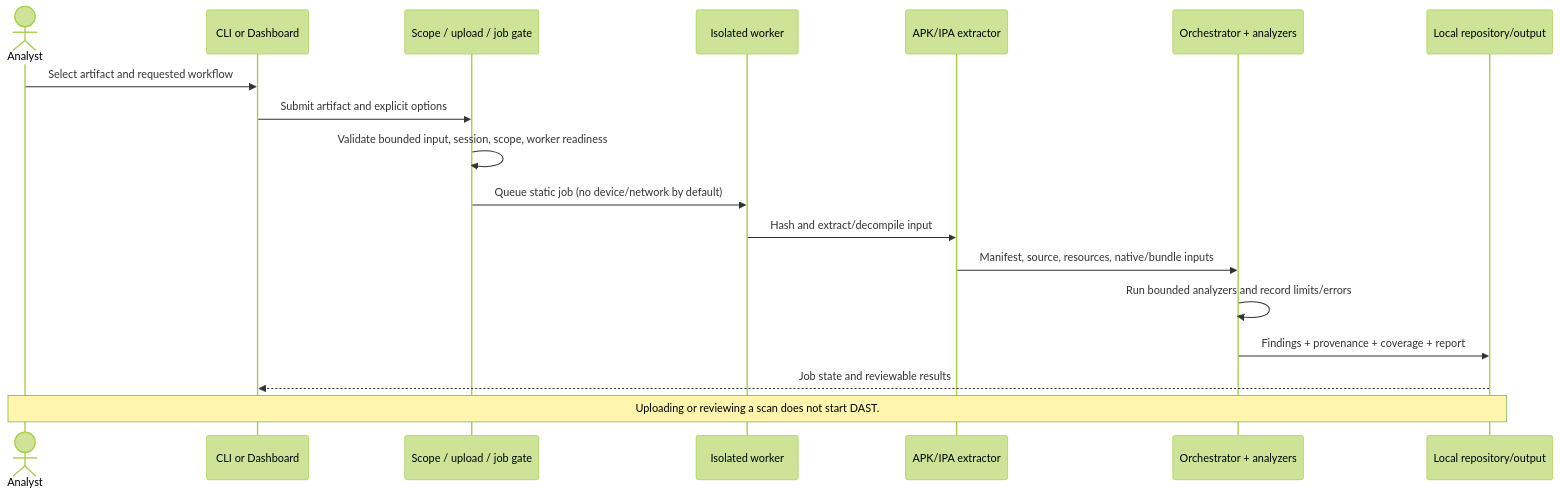
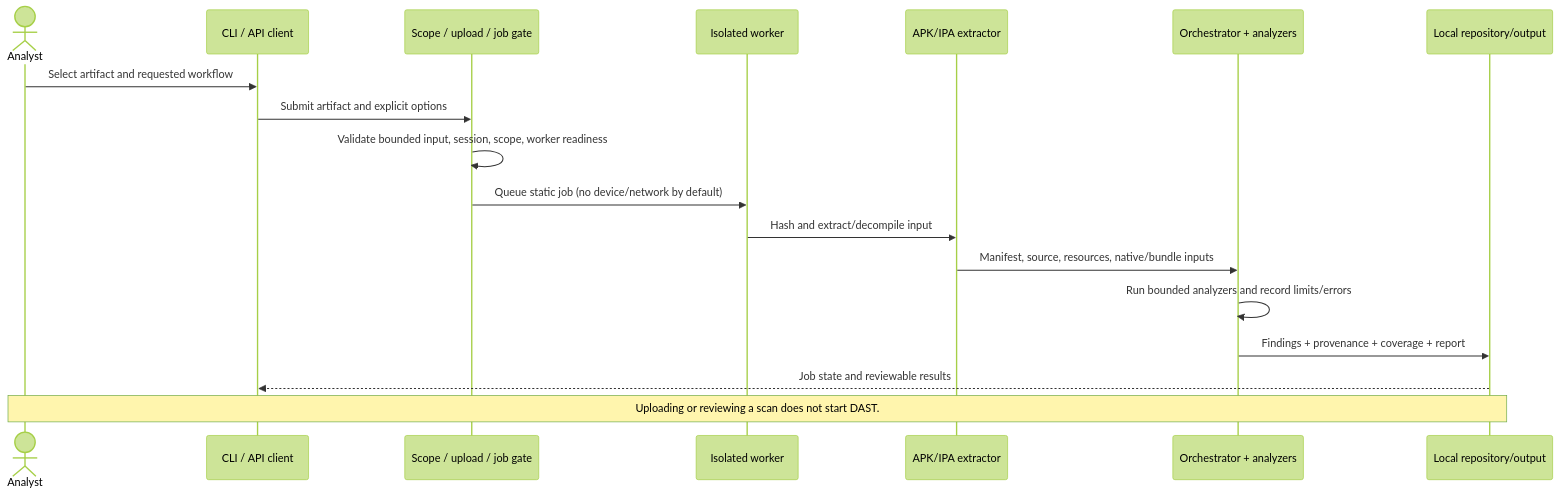
The second of 2 diagrams in README.md (shambhu332/Mobile_Ag), drawn with Mermaid (forest theme) before and after one commit. The commit also changed other lines of this file and 159 other files, not shown here.

````diff
--- a/README.md
+++ b/README.md
@@ -103,20 +103,20 @@
 ```mermaid
 sequenceDiagram
   actor Analyst
-  participant CLI as CLI or Dashboard
+  participant CLI as CLI / API client
   participant Gate as Scope / upload / job gate
   participant Worker as Isolated worker
   participant Extract as APK/IPA extractor
   participant Engine as Orchestrator + analyzers
   participant Store as Local repository/output
   Analyst->>CLI: Select artifact and requested workflow
   CLI->>Gate: Submit artifact and explicit options
   Gate->>Gate: Validate bounded input, session, scope, worker readiness
   Gate->>Worker: Queue static job (no device/network by default)
   Worker->>Extract: Hash and extract/decompile input
   Extract->>Engine: Manifest, source, resources, native/bundle inputs
   Engine->>Engine: Run bounded analyzers and record limits/errors
   Engine->>Store: Findings + provenance + coverage + report
   Store-->>CLI: Job state and reviewable results
   Note over Analyst,Store: Uploading or reviewing a scan does not start DAST.
 ```
````
